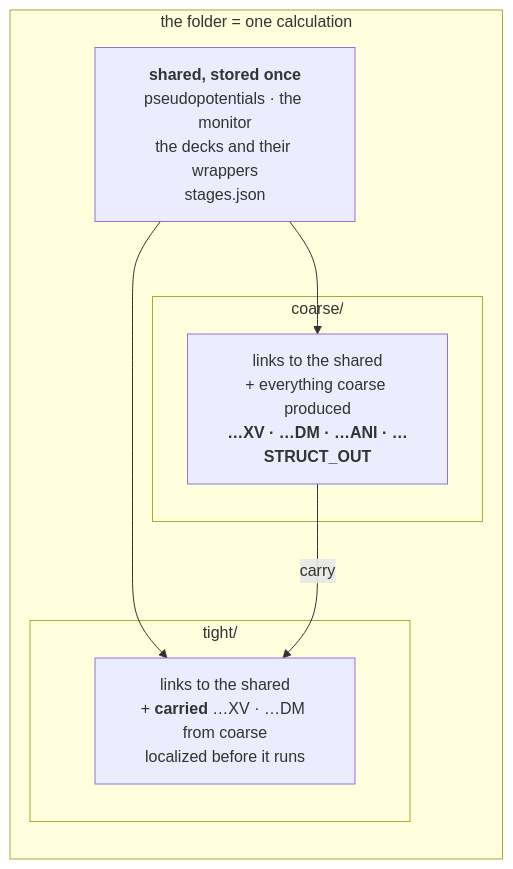
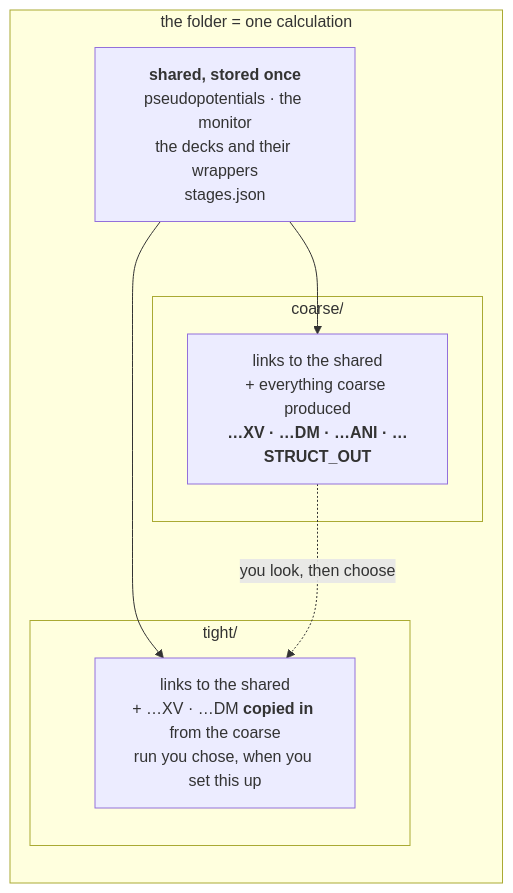
One commit to Qing-LAB/molbuilder changed the first of 2 diagrams in docs/web/staged-runs-architecture.md. Above: the diagram before and after it, drawn with Mermaid. The commit also changed other lines of this file and 6 other files, not shown here.

````diff
--- a/docs/web/staged-runs-architecture.md
+++ b/docs/web/staged-runs-architecture.md
@@ -112,16 +114,16 @@
 ```mermaid
 flowchart TB
     subgraph P["the folder = one calculation"]
       direction TB
       SH["<b>shared, stored once</b><br/>pseudopotentials · the monitor<br/>the decks and their wrappers<br/>stages.json"]
       subgraph C["coarse/"]
         C1["links to the shared<br/>+ everything coarse produced<br/><b>…XV · …DM · …ANI · …STRUCT_OUT</b>"]
       end
       subgraph T["tight/"]
-        T1["links to the shared<br/>+ <b>carried</b> …XV · …DM from coarse<br/>localized before it runs"]
+        T1["links to the shared<br/>+ …XV · …DM <b>copied in</b> from the coarse<br/>run you chose, when you set this up"]
       end
     end
     SH --> C1
     SH --> T1
-    C1 -->|"carry"| T1
+    C1 -.->|"you look, then choose"| T1
 ```
````
